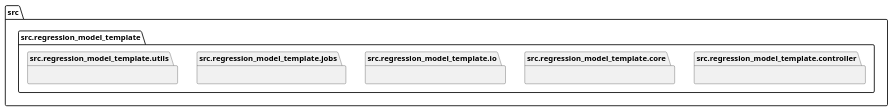
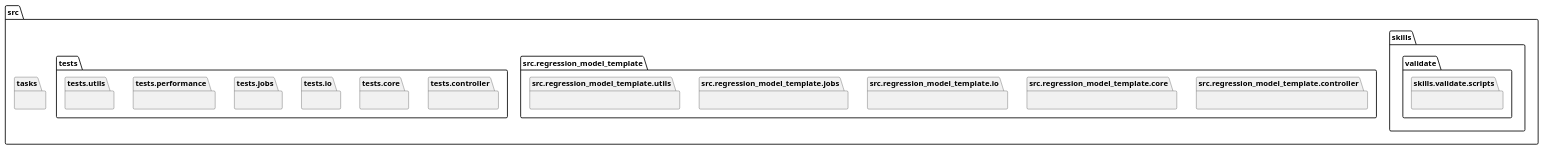
The first of 3 diagrams in openwiki/architecture/diagrams.md (lgcorzo/mlops-python-package), drawn with PlantUML before and after one commit. The commit also changed other lines of this file and 88 other files, not shown here.

````diff
--- a/openwiki/architecture/diagrams.md
+++ b/openwiki/architecture/diagrams.md
@@ -16,10 +16,19 @@
 ```plantuml
 package "src" {
+    package "skills.validate.scripts" {}
     package "src.regression_model_template" {}
     package "src.regression_model_template.controller" {}
     package "src.regression_model_template.core" {}
     package "src.regression_model_template.io" {}
     package "src.regression_model_template.jobs" {}
     package "src.regression_model_template.utils" {}
+    package "tasks" {}
+    package "tests" {}
+    package "tests.controller" {}
+    package "tests.core" {}
+    package "tests.io" {}
+    package "tests.jobs" {}
+    package "tests.performance" {}
+    package "tests.utils" {}
 }
 ```
````
